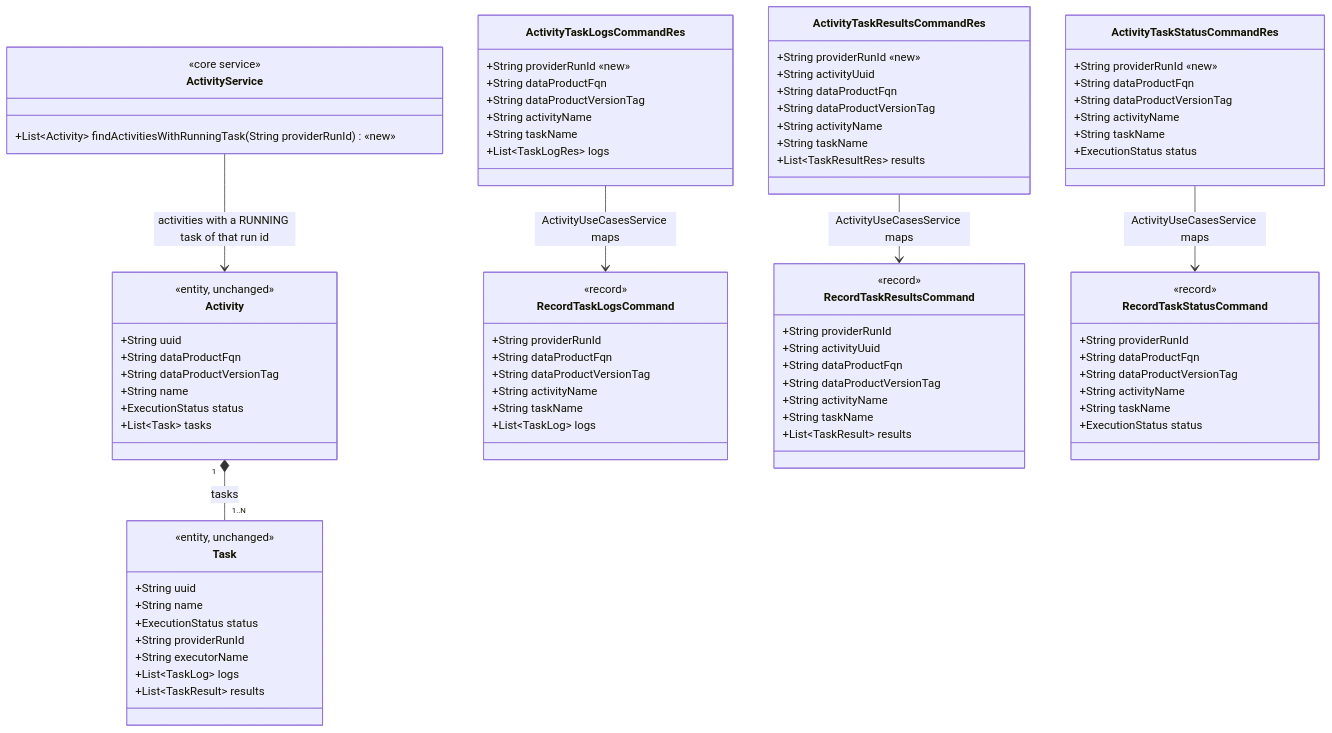
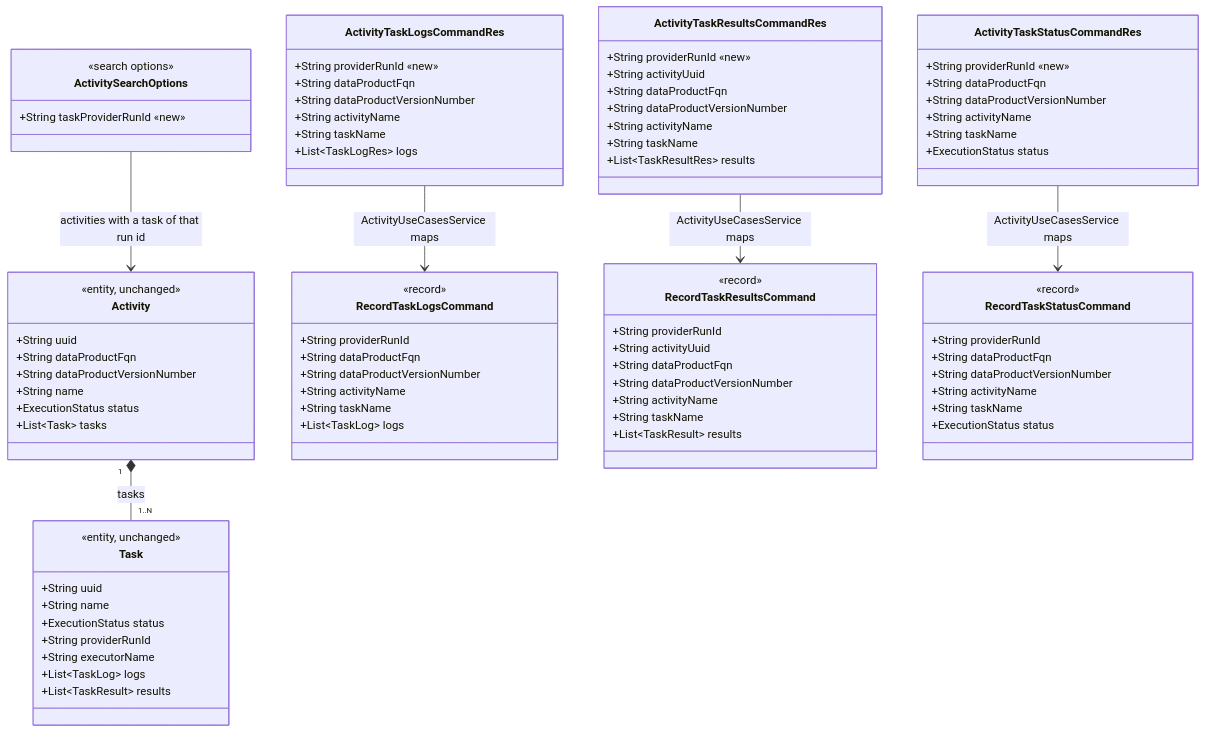
One commit to opendatamesh-initiative/odm-platform-pp-devops-server changed the diagram in spdd/prompt/BDMD-5443-202610291208-[Feat]-api-task-address-by-provider-run-id.md. Above: the diagram before and after it, drawn with Mermaid. The commit also changed other lines of this file and 55 other files, not shown here.

First line of the commit message:
feat(BDMD-5647): rename dataProductVersionTag to dataProductVersionNumber; look up tasks by run id through activity search options

````diff
--- a/spdd/prompt/BDMD-5443-202610291208-[Feat]-api-task-address-by-provider-run-id.md
+++ b/spdd/prompt/BDMD-5443-202610291208-[Feat]-api-task-address-by-provider-run-id.md
@@ -31,7 +31,7 @@
     <<entity, unchanged>>
     +String uuid
     +String dataProductFqn
-    +String dataProductVersionTag
+    +String dataProductVersionNumber
     +String name
     +ExecutionStatus status
     +List~Task~ tasks
@@ -52,7 +52,7 @@
     <<record>>
     +String providerRunId
     +String dataProductFqn
-    +String dataProductVersionTag
+    +String dataProductVersionNumber
     +String activityName
     +String taskName
     +List~TaskLog~ logs
@@ -63,7 +63,7 @@
     +String providerRunId
     +String activityUuid
     +String dataProductFqn
-    +String dataProductVersionTag
+    +String dataProductVersionNumber
     +String activityName
     +String taskName
     +List~TaskResult~ results
@@ -73,7 +73,7 @@
     <<record>>
     +String providerRunId
     +String dataProductFqn
-    +String dataProductVersionTag
+    +String dataProductVersionNumber
     +String activityName
     +String taskName
     +ExecutionStatus status
@@ -82,7 +82,7 @@
 class ActivityTaskLogsCommandRes {
     +String providerRunId  «new»
     +String dataProductFqn
-    +String dataProductVersionTag
+    +String dataProductVersionNumber
     +String activityName
     +String taskName
     +List~TaskLogRes~ logs
@@ -92,7 +92,7 @@
     +String providerRunId  «new»
     +String activityUuid
     +String dataProductFqn
-    +String dataProductVersionTag
+    +String dataProductVersionNumber
     +String activityName
     +String taskName
     +List~TaskResultRes~ results
@@ -101,20 +101,20 @@
 class ActivityTaskStatusCommandRes {
     +String providerRunId  «new»
     +String dataProductFqn
-    +String dataProductVersionTag
+    +String dataProductVersionNumber
     +String activityName
     +String taskName
     +ExecutionStatus status
 }
 
-class ActivityService {
-    <<core service>>
-    +List~Activity~ findActivitiesWithRunningTask(String providerRunId)  «new»
+class ActivitySearchOptions {
+    <<search options>>
+    +String taskProviderRunId  «new»
 }
 
 Activity "1" *-- "1..N" Task : tasks
 ActivityTaskLogsCommandRes --> RecordTaskLogsCommand : ActivityUseCasesService maps
 ActivityTaskResultsCommandRes --> RecordTaskResultsCommand : ActivityUseCasesService maps
 ActivityTaskStatusCommandRes --> RecordTaskStatusCommand : ActivityUseCasesService maps
-ActivityService --> Activity : activities with a RUNNING task of that run id
+ActivitySearchOptions --> Activity : activities with a task of that run id
 ```
````
